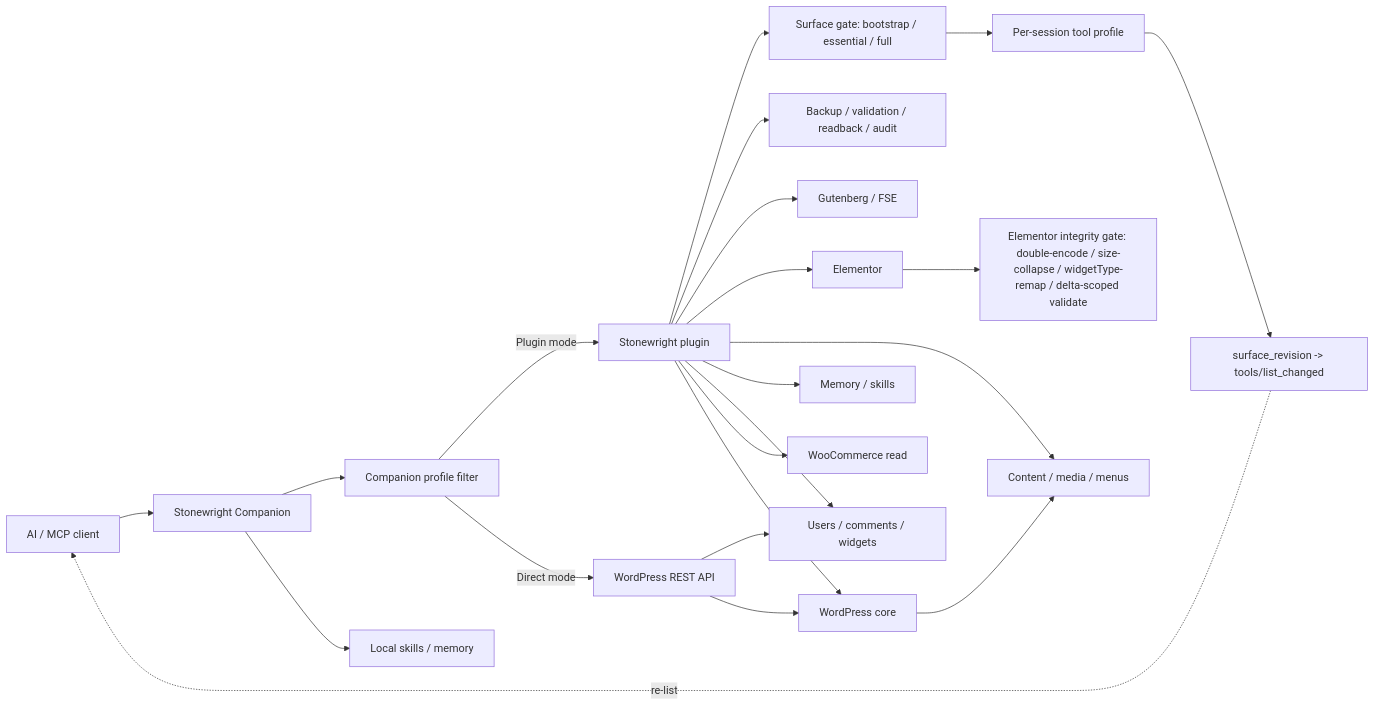
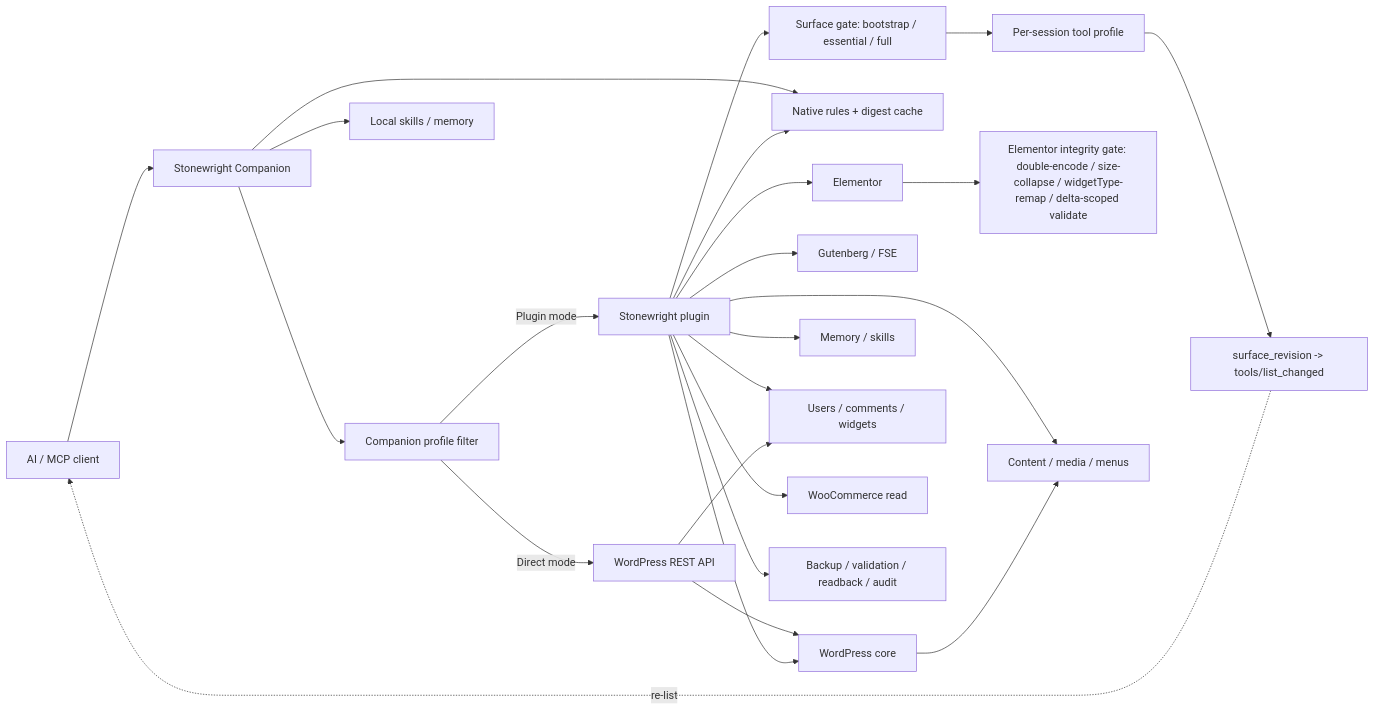
One commit to cosmincraciun97/stonewright-wp-mcp changed the diagram in README.md. Above: the diagram before and after it, drawn with Mermaid. The commit also changed other lines of this file and 29 other files, not shown here.

Commit message:
fix: close native rules audit findings

````diff
--- a/README.md
+++ b/README.md
@@ -287,42 +287,45 @@
 ```mermaid
 flowchart LR
   Client[AI / MCP client]
   Companion[Stonewright Companion]
   CompFilter[Companion profile filter]
   Plugin[Stonewright plugin]
   Surface[Surface gate: bootstrap / essential / full]
   Session[Per-session tool profile]
   Rev[surface_revision -> tools/list_changed]
   REST[WordPress REST API]
+  Rules[Native rules + digest cache]
   WP[WordPress core]
   Guten[Gutenberg / FSE]
   Elem[Elementor]
   Integrity[Elementor integrity gate: double-encode / size-collapse / widgetType-remap / delta-scoped validate]
   Content[Content / media / menus]
   Mem[Memory / skills]
   Users[Users / comments / widgets]
   WC[WooCommerce read]
   Gates[Backup / validation / readback / audit]
 
   Client --> Companion
   Companion --> CompFilter
+  Companion --> Rules
   CompFilter -->|Plugin mode| Plugin
   CompFilter -->|Direct mode| REST
   Companion --> Skills[Local skills / memory]
   Plugin --> Surface
   Surface --> Session
   Session --> Rev
   Rev -. re-list .-> Client
   Plugin --> Gates
+  Plugin --> Rules
   Plugin --> Guten
   Plugin --> Elem
   Elem --> Integrity
   Plugin --> Content
   Plugin --> Mem
   Plugin --> Users
   Plugin --> WC
   REST --> Users
   REST --> WP
   WP --> Content
   Plugin --> WP
 ```
````
